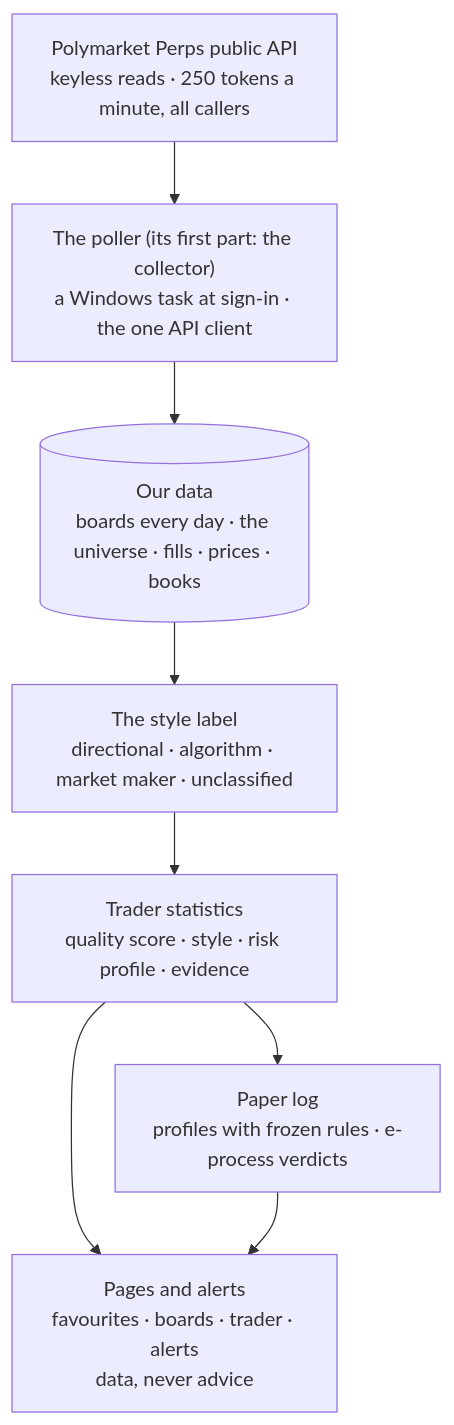
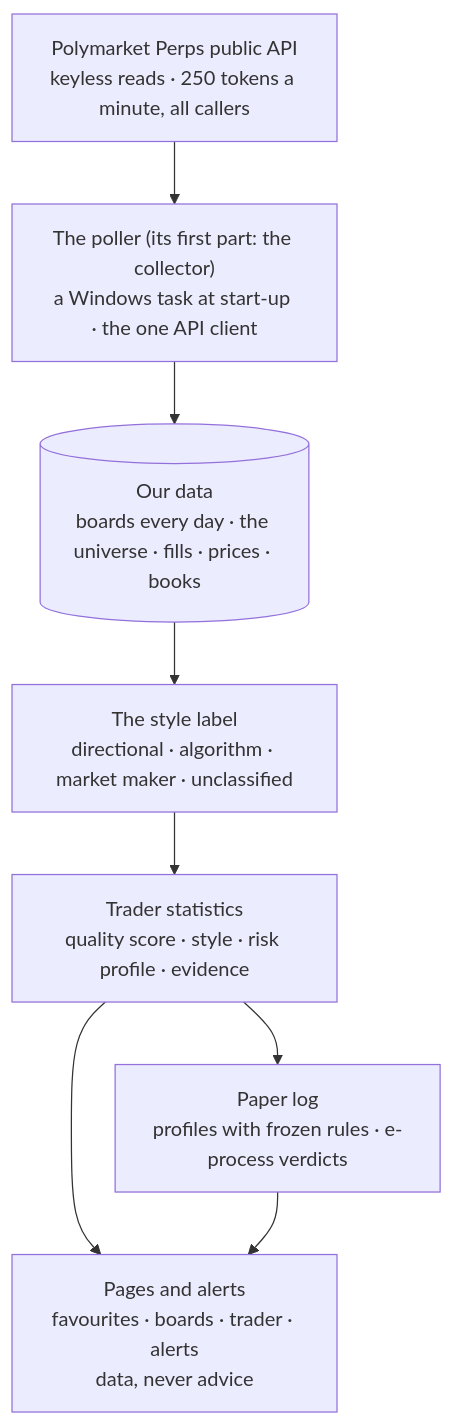
Before and after one commit to eastbeastSRB/polymarket-follow: the first of 2 diagrams in docs/claude-master-plan.md, drawn with Mermaid. The commit also changed other lines of this file and 1 other file, not shown here.

Commit message:
docs: after the collector's Final review - code-rules gains COLLECTOR-REVIEW's gotchas (a task's default priority, stream.pipeline, guarded deletes, liveness before parsing, wiring mutants, a heredoc halves backslashes); the plan page: the Final review done, the poller starts at start-up

````diff
--- a/docs/claude-master-plan.md
+++ b/docs/claude-master-plan.md
@@ -161,10 +161,10 @@
 ```mermaid
 flowchart TD
-  API["Polymarket Perps public API<br/>keyless reads · 250 tokens a minute, all callers"] --> P["The poller (its first part: the collector)<br/>a Windows task at sign-in · the one API client"]
+  API["Polymarket Perps public API<br/>keyless reads · 250 tokens a minute, all callers"] --> P["The poller (its first part: the collector)<br/>a Windows task at start-up · the one API client"]
   P --> DB[("Our data<br/>boards every day · the universe · fills · prices · books")]
   DB --> L["The style label<br/>directional · algorithm · market maker · unclassified"]
   L --> Q["Trader statistics<br/>quality score · style · risk profile · evidence"]
   Q --> PL["Paper log<br/>profiles with frozen rules · e-process verdicts"]
   Q --> UI["Pages and alerts<br/>favourites · boards · trader · alerts<br/>data, never advice"]
   PL --> UI
 ```
````
